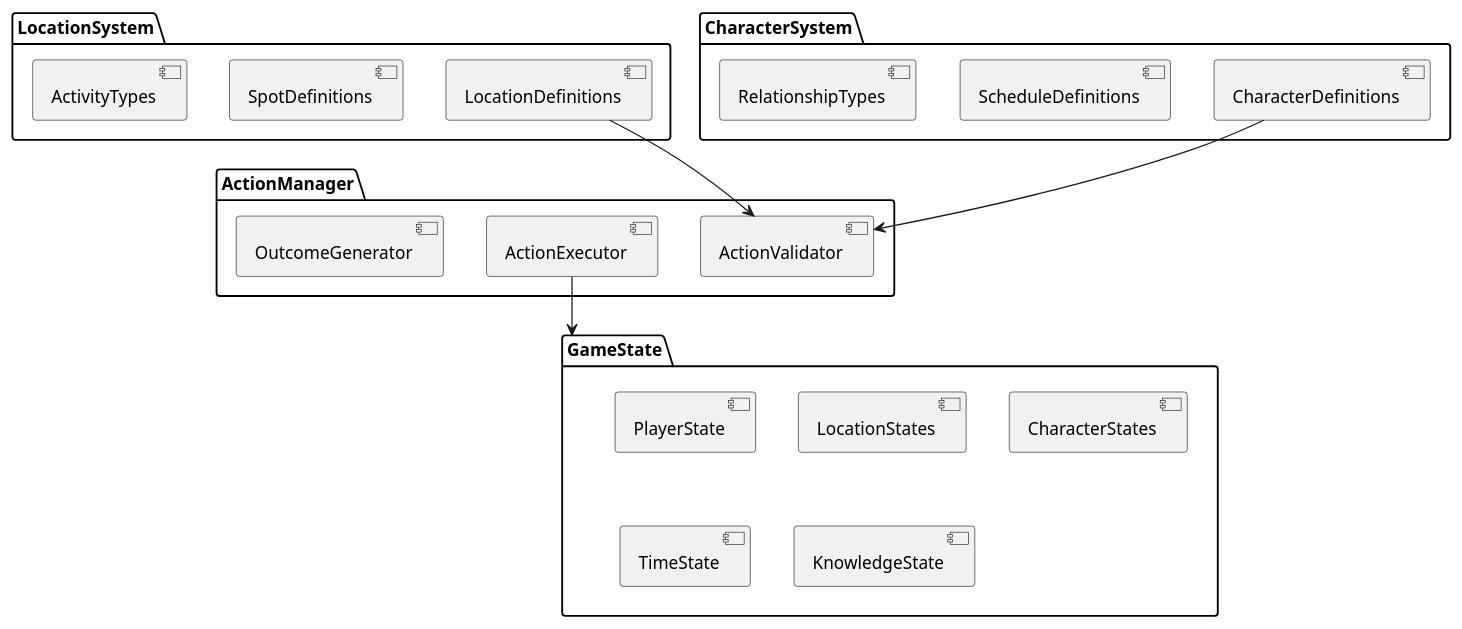
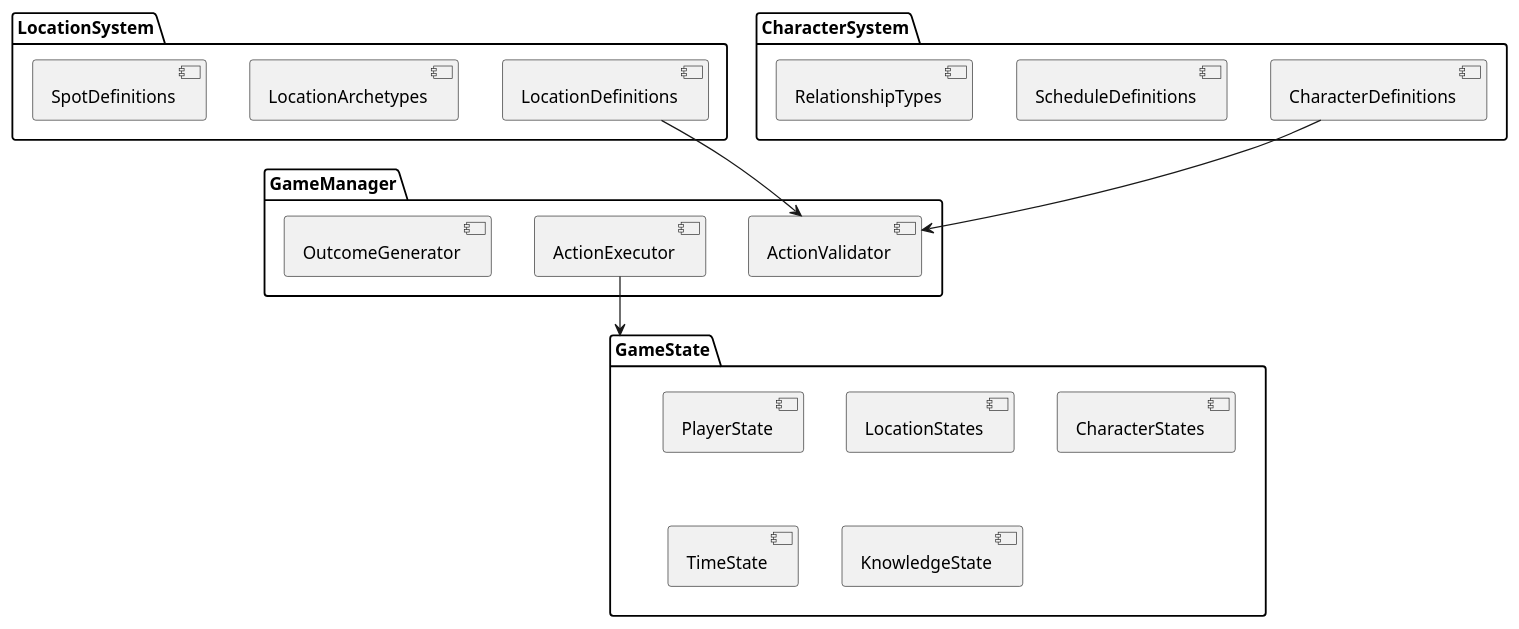
Before and after one commit to meatz89/Wayfarer: the fourth of 8 diagrams in Architecture/index.adoc, drawn with PlantUML. The commit also changed other lines of this file and 19 other files, not shown here.

```diff
--- a/Architecture/index.adoc
+++ b/Architecture/index.adoc
@@ -192,34 +197,34 @@
 [plantuml,"buildingBlock2",svg]
 ----
 @startuml
 package "GameState" {
     [PlayerState]
     [LocationStates]
     [CharacterStates]
     [TimeState]
     [KnowledgeState]
 }
 
-package "ActionManager" {
+package "GameManager" {
     [ActionValidator]
     [ActionExecutor]
     [OutcomeGenerator]
 }
 
 package "LocationSystem" {
     [LocationDefinitions]
+    [LocationArchetypes]
     [SpotDefinitions]
-    [ActivityTypes]
 }
 
 package "CharacterSystem" {
     [CharacterDefinitions]
     [ScheduleDefinitions]
     [RelationshipTypes]
 }
 
 [ActionExecutor] --> GameState
 [LocationDefinitions] --> [ActionValidator]
 [CharacterDefinitions] --> [ActionValidator]
 @enduml
 ----
```
